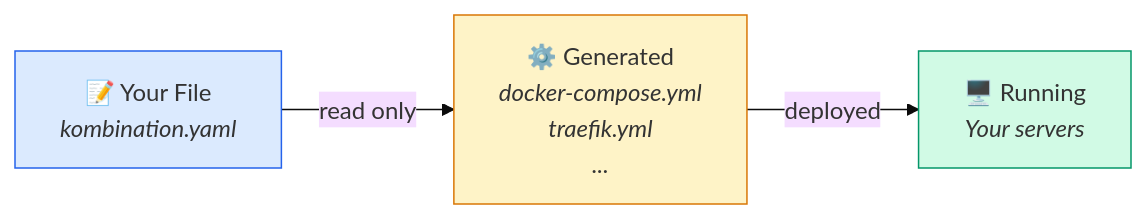
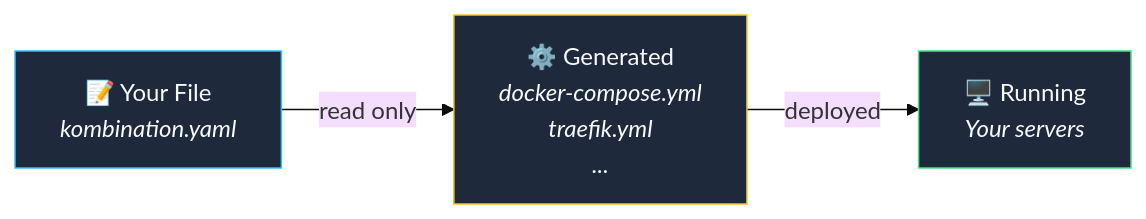
The fourth of 5 diagrams in stack/overview.mdx (KombiverseLabs/docs), drawn with Mermaid (base theme) before and after one commit. The commit also changed other lines of this file and 33 other files, not shown here.

````diff
--- a/stack/overview.mdx
+++ b/stack/overview.mdx
@@ -228,13 +226,13 @@
 ```mermaid
 flowchart LR
     Intent["📝 Your File<br/><i>kombination.yaml</i>"]
     Generated["⚙️ Generated<br/><i>docker-compose.yml<br/>traefik.yml<br/>...</i>"]
     Infra["🖥️ Running<br/><i>Your servers</i>"]
 
     Intent -->|"read only"| Generated
     Generated -->|"deployed"| Infra
 
-    style Intent fill:#dbeafe,stroke:#2563eb
-    style Generated fill:#fef3c7,stroke:#d97706
-    style Infra fill:#d1fae5,stroke:#059669
+    style Intent fill:#1e293b,stroke:#38bdf8,color:#f8fafc
+    style Generated fill:#1e293b,stroke:#fbbf24,color:#f8fafc
+    style Infra fill:#1e293b,stroke:#4ade80,color:#f8fafc
 ```
````
